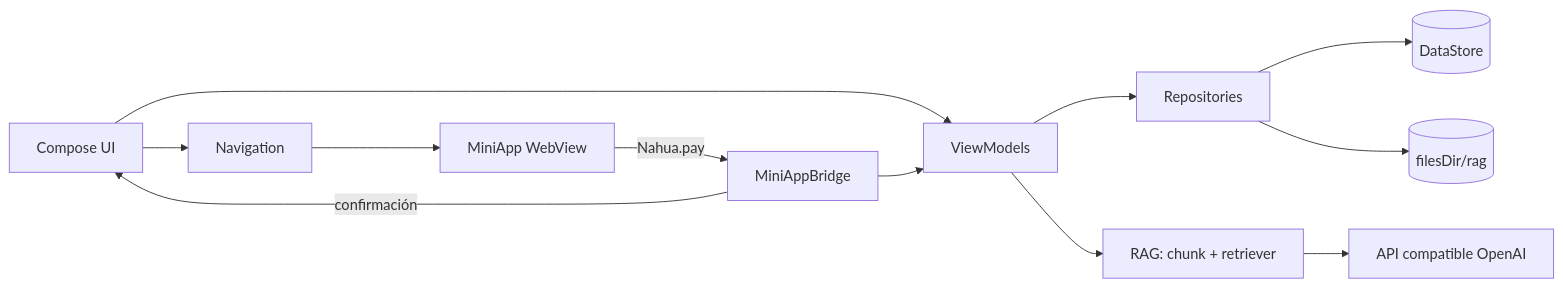
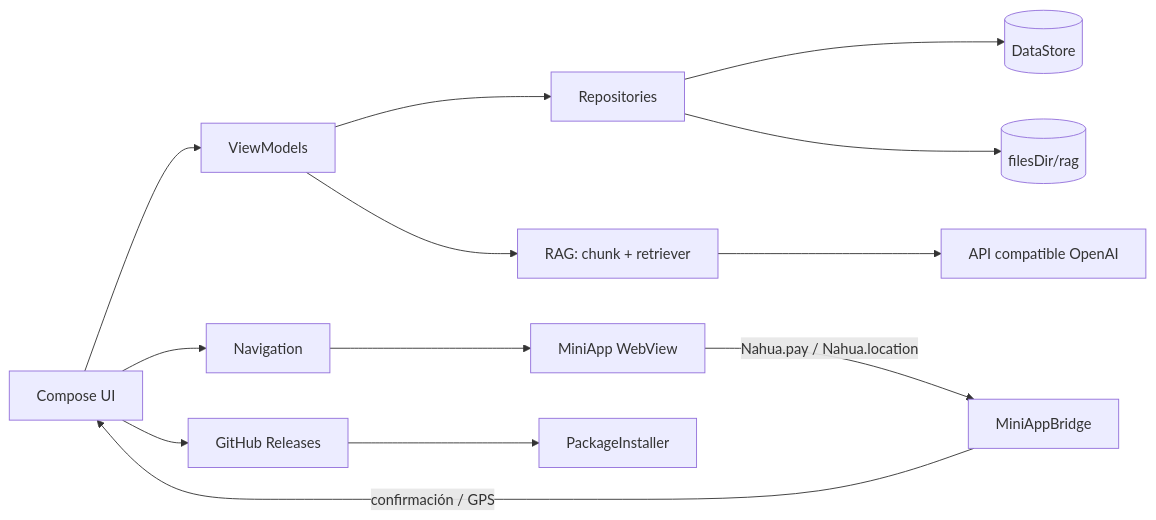
The diagram in README.md (ruffol/nahua-superapp), drawn with Mermaid before and after one commit. The commit also changed other lines of this file and 2180 other files, not shown here.

````diff
--- a/README.md
+++ b/README.md
@@ -93,14 +111,15 @@
 ```mermaid
 flowchart LR
     UI[Compose UI] --> VM[ViewModels]
     VM --> REPO[Repositories]
     REPO --> DS[(DataStore)]
     REPO --> FILES[(filesDir/rag)]
     UI --> NAV[Navigation]
     NAV --> WEB[MiniApp WebView]
-    WEB -- Nahua.pay --> BRIDGE[MiniAppBridge]
-    BRIDGE -- confirmación --> UI
-    BRIDGE --> VM
+    WEB -- Nahua.pay / Nahua.location --> BRIDGE[MiniAppBridge]
+    BRIDGE -- confirmación / GPS --> UI
     VM --> RAG[RAG: chunk + retriever]
     RAG --> LLM[API compatible OpenAI]
+    UI --> UPD[GitHub Releases]
+    UPD --> INST[PackageInstaller]
 ```
````
